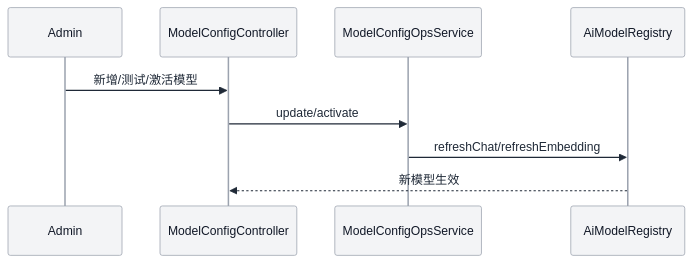
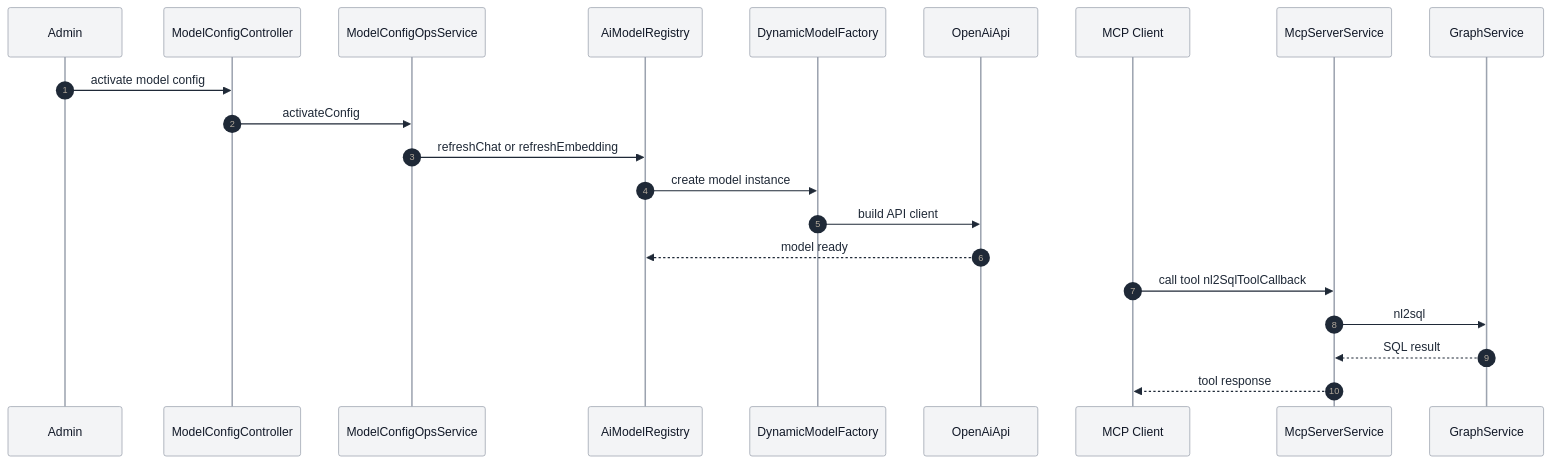
One commit to spring-ai-alibaba/DataAgent changed diagram 14 of 18 in README.md. Above: the diagram before and after it, drawn with Mermaid. The commit also changed other lines of this file, not shown here.

Commit message:
refactor: enhance README with updated architecture diagrams, improved class definitions, and refined workflow processes for clarity

````diff
--- a/README.md
+++ b/README.md
@@ -400,13 +558,26 @@
 ```mermaid
 %%{init: {"theme": "base", "themeVariables": {"primaryColor": "#E3F2FD", "primaryBorderColor": "#1E88E5", "primaryTextColor": "#1F2937", "lineColor": "#4B5563", "secondaryColor": "#E8F5E9", "tertiaryColor": "#FFF1D6", "actorBkg": "#F3F4F6", "actorBorder": "#9CA3AF", "actorTextColor": "#111827", "noteBkgColor": "#FFF8E1", "noteTextColor": "#1F2937"}}}%%
 sequenceDiagram
+  autonumber
   participant A as Admin
-  participant API as ModelConfigController
+  participant MAPI as ModelConfigController
   participant Ops as ModelConfigOpsService
-  participant R as AiModelRegistry
+  participant Reg as AiModelRegistry
+  participant Factory as DynamicModelFactory
+  participant OpenAI as OpenAiApi
+  participant MCP as MCP Client
+  participant McpSvc as McpServerService
+  participant GS as GraphService
 
-  A->>API: 新增/测试/激活模型
-  API->>Ops: update/activate
-  Ops->>R: refreshChat/refreshEmbedding
-  R-->>API: 新模型生效
+  A->>MAPI: activate model config
+  MAPI->>Ops: activateConfig
+  Ops->>Reg: refreshChat or refreshEmbedding
+  Reg->>Factory: create model instance
+  Factory->>OpenAI: build API client
+  OpenAI-->>Reg: model ready
+
+  MCP->>McpSvc: call tool nl2SqlToolCallback
+  McpSvc->>GS: nl2sql
+  GS-->>McpSvc: SQL result
+  McpSvc-->>MCP: tool response
 ```
````
